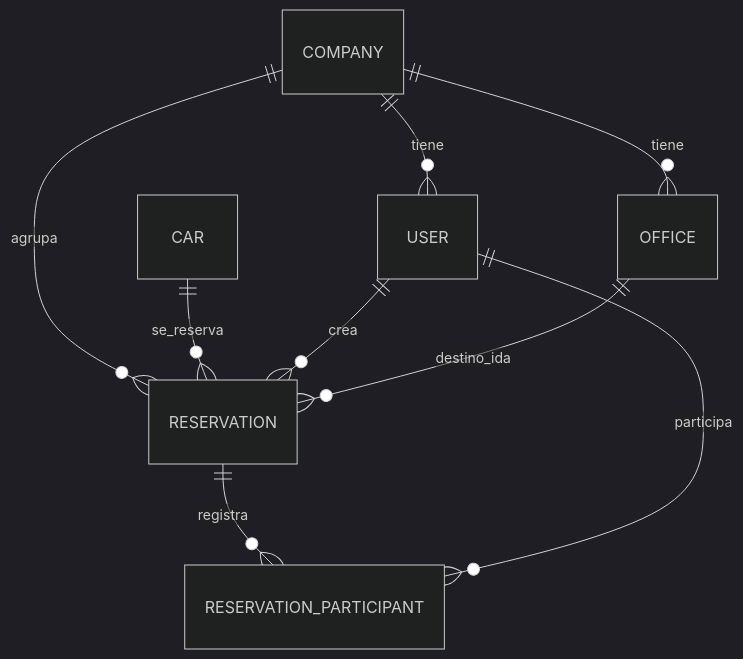
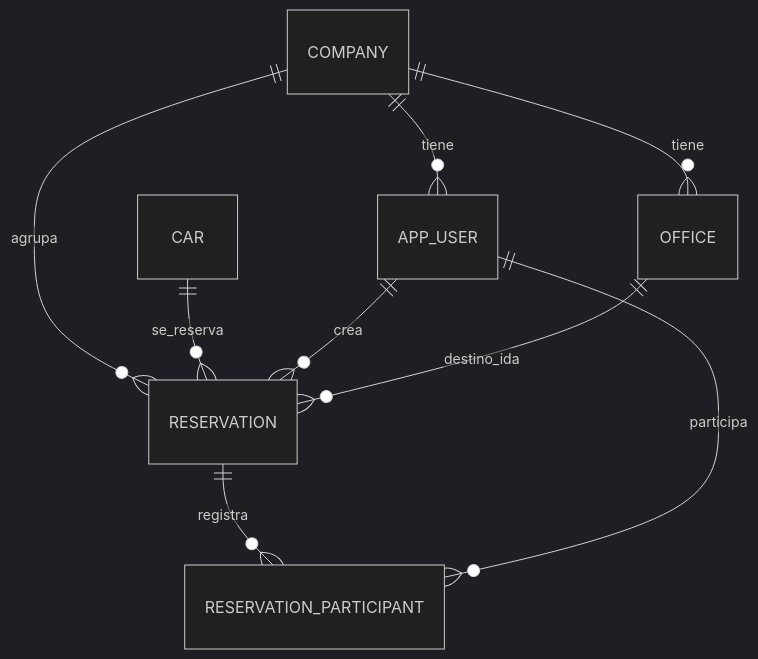
Before and after one commit to mariabartgamero/CI2-LAB-2026: the third of 3 diagrams in README.md, drawn with Mermaid (dark theme).

````diff
--- a/README.md
+++ b/README.md
@@ -604,11 +604,11 @@
 ```mermaid
 erDiagram
-    COMPANY ||--o{ USER : tiene
+    COMPANY ||--o{ APP_USER : tiene
     COMPANY ||--o{ OFFICE : tiene
     COMPANY ||--o{ RESERVATION : agrupa
     CAR ||--o{ RESERVATION : se_reserva
-    USER ||--o{ RESERVATION : crea
+    APP_USER ||--o{ RESERVATION : crea
     RESERVATION ||--o{ RESERVATION_PARTICIPANT : registra
-    USER ||--o{ RESERVATION_PARTICIPANT : participa
+    APP_USER ||--o{ RESERVATION_PARTICIPANT : participa
     OFFICE ||--o{ RESERVATION : destino_ida
 ```
````
